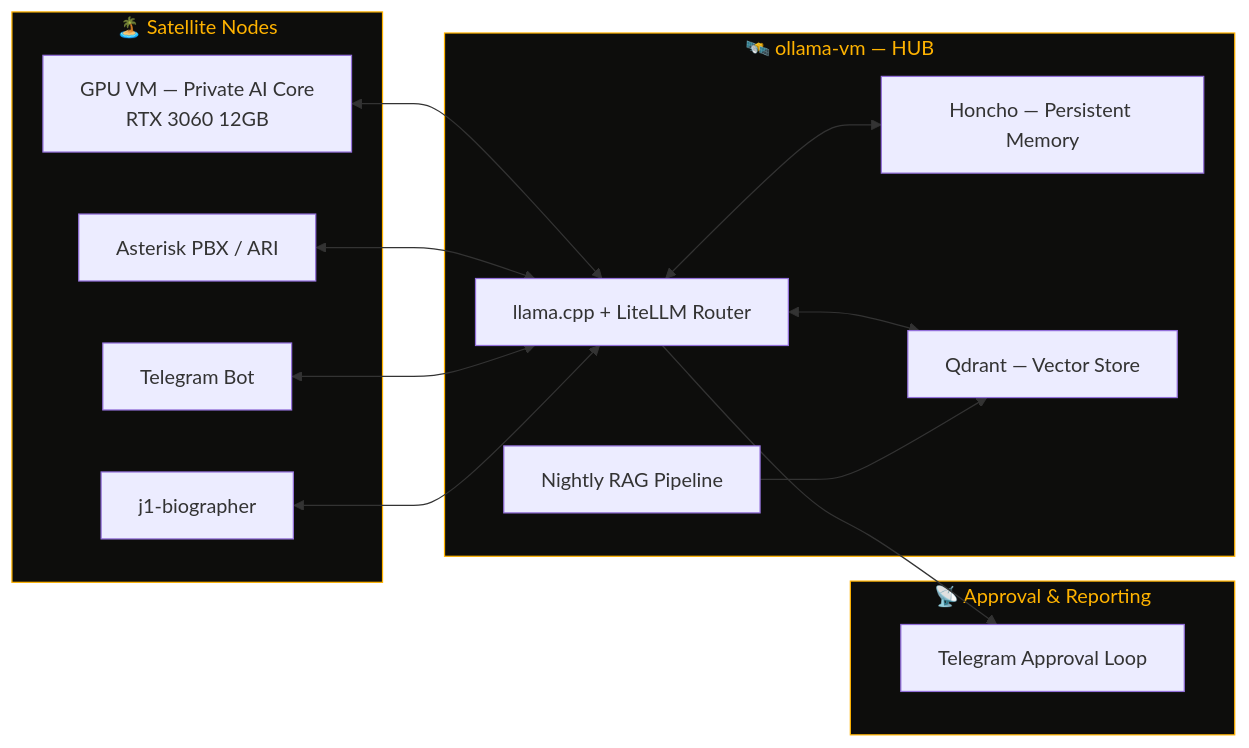
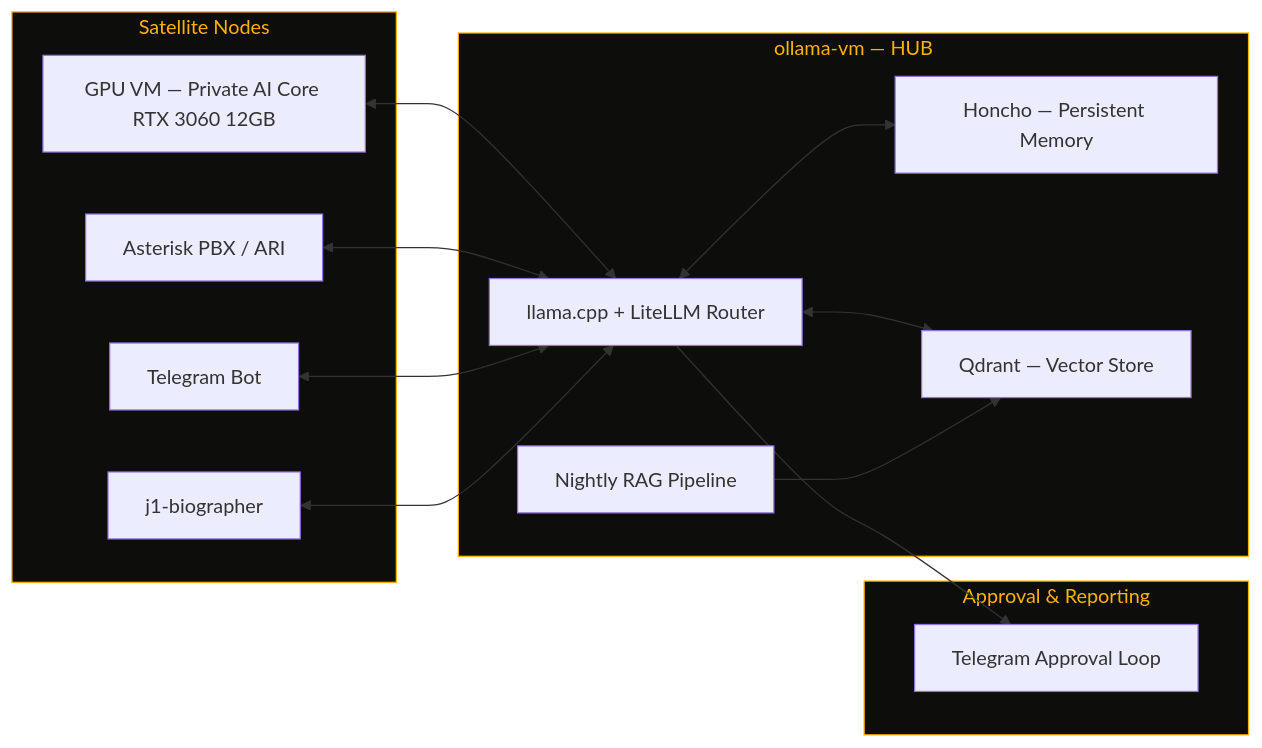
Before and after one commit to OneByJorah/OneByJorah: the diagram in README.md, drawn with Mermaid. The commit also changed other lines of this file, not shown here.

````diff
--- a/README.md
+++ b/README.md
@@ -48,33 +48,33 @@
 ```mermaid
 flowchart LR
-    subgraph Hub["🛰️ ollama-vm — HUB"]
+    subgraph Hub["ollama-vm — HUB"]
         A[llama.cpp + LiteLLM Router]
         B[Honcho — Persistent Memory]
         C[Qdrant — Vector Store]
         D[Nightly RAG Pipeline]
     end
 
-    subgraph Satellites["🏝️ Satellite Nodes"]
-        E[GPU VM — Private AI Core<br/>RTX 3060 12GB]
+    subgraph Satellites["Satellite Nodes"]
+        E[GPU VM — Private AI Core RTX 3060 12GB]
         F[Asterisk PBX / ARI]
         G[Telegram Bot]
         H[j1-biographer]
     end
 
-    subgraph Reporting["📡 Approval & Reporting"]
+    subgraph Reporting["Approval & Reporting"]
         I[Telegram Approval Loop]
     end
 
     A <--> B
     A <--> C
     D --> C
     E <--> A
     F <--> A
     G <--> A
     H <--> A
     A --> I
 
     style Hub fill:#0d0d0c,stroke:#FFB300,color:#FFB300
     style Satellites fill:#0d0d0c,stroke:#FFB300,color:#FFB300
     style Reporting fill:#0d0d0c,stroke:#FFB300,color:#FFB300
 ```
````
